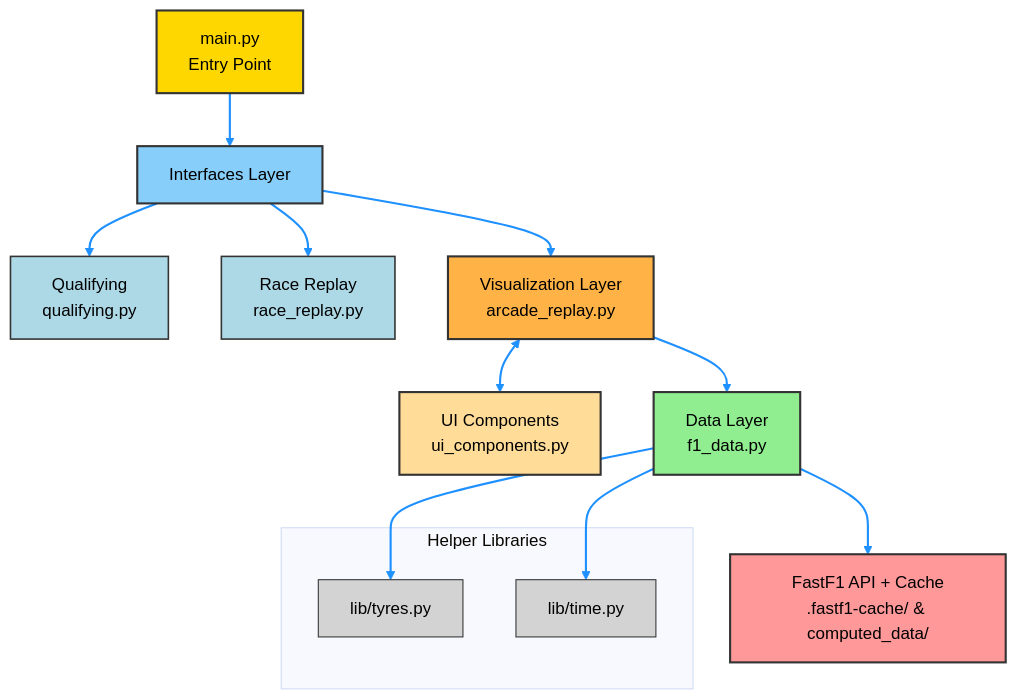
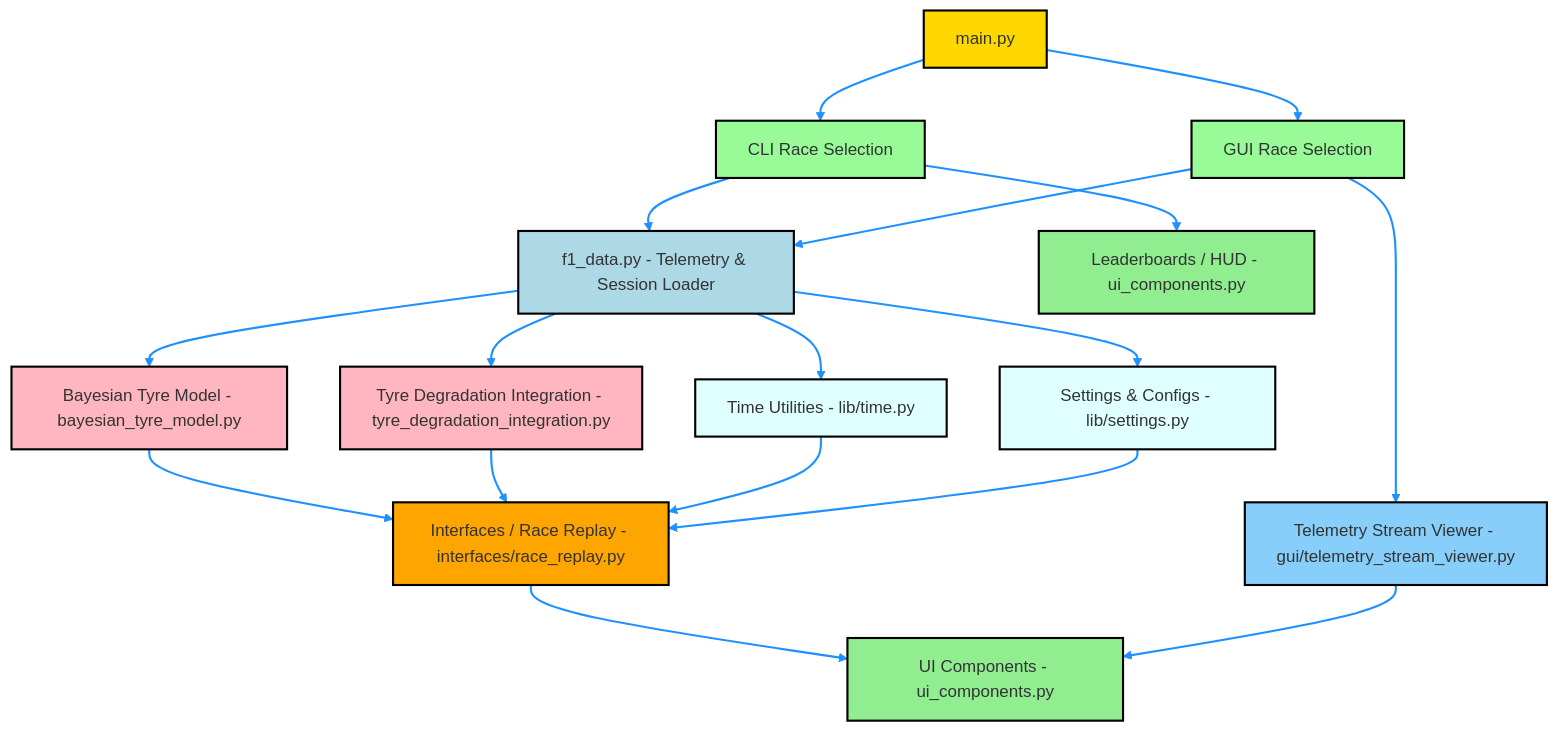
Before and after one commit to DevGopi-17/f1-telemetry-analytics: the diagram in README.md, drawn with Mermaid (base theme). The commit also changed other lines of this file and 1 other file, not shown here.

Commit message:
Enhance README with demo section and add project demo GIF

````diff
--- a/README.md
+++ b/README.md
@@ -161,42 +185,42 @@
 ```mermaid
-flowchart TD
-    %% Entry Point
-    A[main.py\nEntry Point] --> B[Interfaces Layer]
+flowchart TB
+    A["main.py"] --> B["CLI Race Selection"]
+    A --> C["GUI Race Selection"]
+    
+    B --> D["f1_data.py - Telemetry & Session Loader"]
+    B --> L["Leaderboards / HUD - ui_components.py"]
+    
+    C --> D
+    C --> K["Telemetry Stream Viewer - gui/telemetry_stream_viewer.py"]
+    
+    D --> E["Bayesian Tyre Model - bayesian_tyre_model.py"]
+    D --> F["Tyre Degradation Integration - tyre_degradation_integration.py"]
+    D --> G["Time Utilities - lib/time.py"]
+    D --> H["Settings & Configs - lib/settings.py"]
+    
+    E --> I["Interfaces / Race Replay - interfaces/race_replay.py"]
+    F --> I
+    G --> I
+    H --> I
+    
+    I --> J["UI Components - ui_components.py"]
+    K --> J
 
-    %% Interfaces
-    B --> B1[Qualifying\nqualifying.py]
-    B --> B2[Race Replay\nrace_replay.py]
+    %% Node Colors
+    style A fill:#FFD700,stroke:#000,stroke-width:2px
+    style B fill:#98FB98,stroke:#000,stroke-width:2px
+    style C fill:#98FB98,stroke:#000,stroke-width:2px
+    style D fill:#ADD8E6,stroke:#000,stroke-width:2px
+    style E fill:#FFB6C1,stroke:#000,stroke-width:2px
+    style F fill:#FFB6C1,stroke:#000,stroke-width:2px
+    style G fill:#E0FFFF,stroke:#000,stroke-width:2px
+    style H fill:#E0FFFF,stroke:#000,stroke-width:2px
+    style I fill:#FFA500,stroke:#000,stroke-width:2px
+    style J fill:#90EE90,stroke:#000,stroke-width:2px
+    style K fill:#87CEFA,stroke:#000,stroke-width:2px
+    style L fill:#90EE90,stroke:#000,stroke-width:2px
 
-    %% Visualization
-    B --> C[Visualization Layer\narcade_replay.py]
-    C <--> F[UI Components\nui_components.py]
+    %% Arrow Colors (all blue)
+    linkStyle default stroke:#1E90FF,stroke-width:2px
 
-    %% Data
-    C --> D[Data Layer\nf1_data.py]
-
-    %% Libraries
-    subgraph Libraries["Helper Libraries"]
-        L1[lib/tyres.py]
-        L2[lib/time.py]
-    end
-    D --> L1
-    D --> L2
-
-    %% Cache
-    D --> E[FastF1 API + Cache\n.fastf1-cache/ & computed_data/]
-
-    %% Styles for nodes
-    style A fill:#FFD700,stroke:#333,stroke-width:2px,color:#000
-    style B fill:#87CEFA,stroke:#333,stroke-width:2px,color:#000
-    style B1 fill:#ADD8E6,stroke:#333,stroke-width:1.5px,color:#000
-    style B2 fill:#ADD8E6,stroke:#333,stroke-width:1.5px,color:#000
-    style C fill:#FFB347,stroke:#333,stroke-width:2px,color:#000
-    style F fill:#FFDD99,stroke:#333,stroke-width:2px,color:#000
-    style D fill:#90EE90,stroke:#333,stroke-width:2px,color:#000
-    style L1 fill:#D3D3D3,stroke:#333,stroke-width:1px,color:#000
-    style L2 fill:#D3D3D3,stroke:#333,stroke-width:1px,color:#000
-    style E fill:#FF9999,stroke:#333,stroke-width:2px,color:#000
-
-    %% Relation arrows color
-    linkStyle default stroke:#1E90FF,stroke-width:2px
 ```
````
